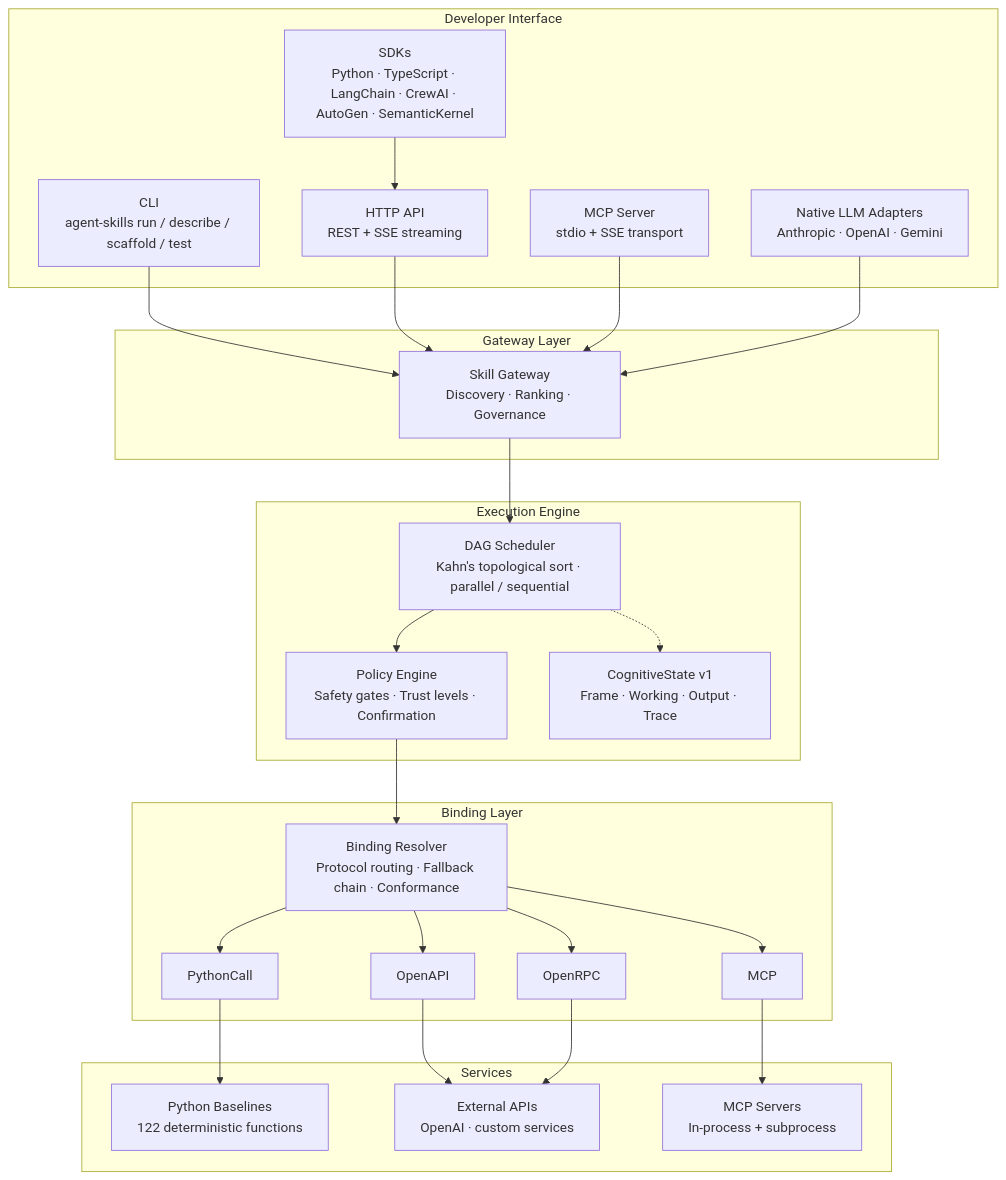
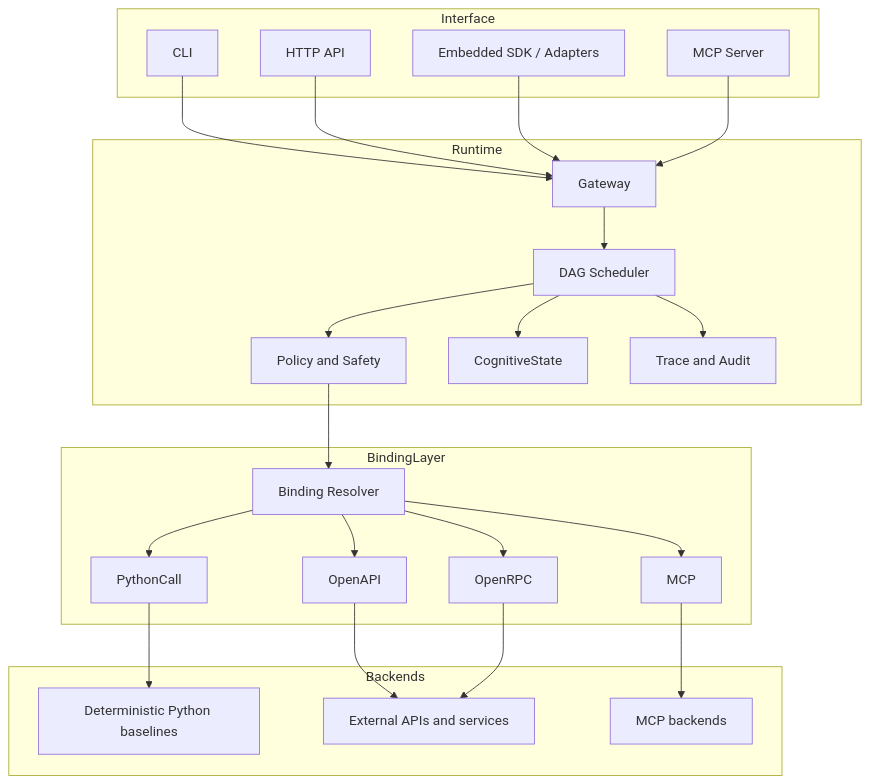
The diagram in README.md (gfernandf/agent-skills), drawn with Mermaid before and after one commit. The commit also changed other lines of this file and 69 other files, not shown here.

````diff
--- a/README.md
+++ b/README.md
@@ -182,48 +275,47 @@
 ```mermaid
 graph TB
-    subgraph "Developer Interface"
-        CLI["CLI<br/>agent-skills run / describe / scaffold / test"]
-        HTTP["HTTP API<br/>REST + SSE streaming"]
-        SDK["SDKs<br/>Python · TypeScript · LangChain · CrewAI · AutoGen · SemanticKernel"]
-        MCP_SERVER["MCP Server<br/>stdio + SSE transport"]
-        LLM_NATIVE["Native LLM Adapters<br/>Anthropic · OpenAI · Gemini"]
+    subgraph Interface
+        CLI[CLI]
+        HTTP[HTTP API]
+        SDK[Embedded SDK / Adapters]
+        MCP[MCP Server]
     end
 
-    subgraph "Gateway Layer"
-        GW["Skill Gateway<br/>Discovery · Ranking · Governance"]
+    subgraph Runtime
+        GW[Gateway]
+        SCH[DAG Scheduler]
+        POL[Policy and Safety]
+        COG[CognitiveState]
+        TRC[Trace and Audit]
     end
 
-    subgraph "Execution Engine"
-        SCHED["DAG Scheduler<br/>Kahn's topological sort · parallel / sequential"]
-        POLICY["Policy Engine<br/>Safety gates · Trust levels · Confirmation"]
-        COGSTATE["CognitiveState v1<br/>Frame · Working · Output · Trace"]
+    subgraph BindingLayer
+        RES[Binding Resolver]
+        PY[PythonCall]
+        OA[OpenAPI]
+        MP[MCP]
+        RP[OpenRPC]
     end
 
-    subgraph "Binding Layer"
-        BR["Binding Resolver<br/>Protocol routing · Fallback chain · Conformance"]
-        PC["PythonCall"]
-        OA["OpenAPI"]
-        MCP_P["MCP"]
-        RPC["OpenRPC"]
-    end
-
-    subgraph "Services"
-        BASELINE["Python Baselines<br/>122 deterministic functions"]
-        EXTERNAL["External APIs<br/>OpenAI · custom services"]
-        MCP_SRV["MCP Servers<br/>In-process + subprocess"]
+    subgraph Backends
+        BASE[Deterministic Python baselines]
+        EXT[External APIs and services]
+        MCPB[MCP backends]
     end
 
     CLI --> GW
     HTTP --> GW
-    SDK --> HTTP
-    MCP_SERVER --> GW
-    LLM_NATIVE --> GW
-    GW --> SCHED
-    SCHED --> POLICY
-    POLICY --> BR
-    SCHED -.-> COGSTATE
-    BR --> PC --> BASELINE
-    BR --> OA --> EXTERNAL
-    BR --> MCP_P --> MCP_SRV
-    BR --> RPC --> EXTERNAL
+    SDK --> GW
+    MCP --> GW
+
+    GW --> SCH
+    SCH --> POL
+    SCH --> COG
+    SCH --> TRC
+    POL --> RES
+
+    RES --> PY --> BASE
+    RES --> OA --> EXT
+    RES --> MP --> MCPB
+    RES --> RP --> EXT
 ```
````
